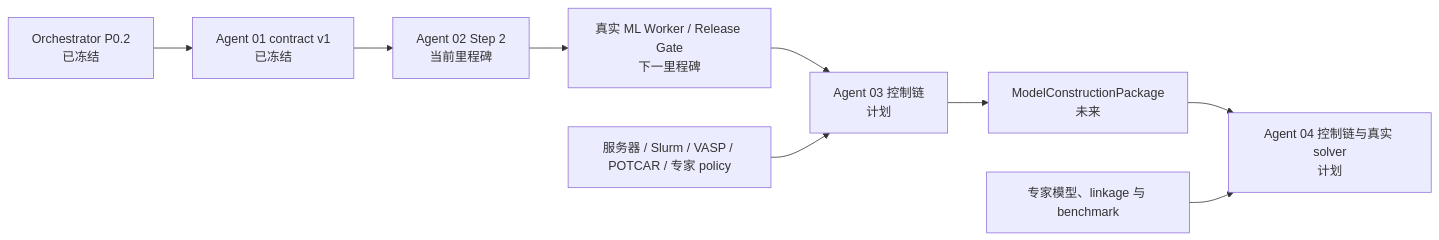
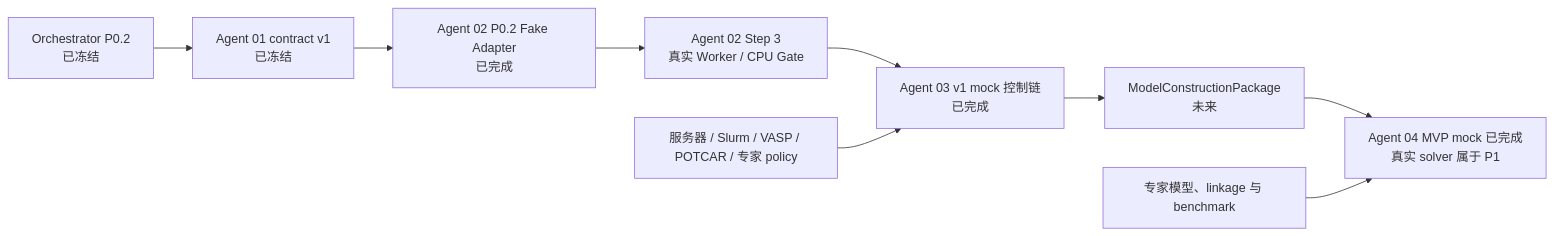
The diagram in plans/master.md (chimeraHHH/materials_screening_agent_hermes), drawn with Mermaid before and after one commit. The commit also changed other lines of this file and 7 other files, not shown here.

````diff
--- a/plans/master.md
+++ b/plans/master.md
@@ -297,11 +335,11 @@
 ```mermaid
 flowchart LR
     O["Orchestrator P0.2<br/>已冻结"] --> A1["Agent 01 contract v1<br/>已冻结"]
-    A1 --> A2["Agent 02 Step 2<br/>当前里程碑"]
-    A2 --> ML["真实 ML Worker / Release Gate<br/>下一里程碑"]
-    ML --> A3["Agent 03 控制链<br/>计划"]
+    A1 --> A2["Agent 02 P0.2 Fake Adapter<br/>已完成"]
+    A2 --> ML["Agent 02 Step 3<br/>真实 Worker / CPU Gate"]
+    ML --> A3["Agent 03 v1 mock 控制链<br/>已完成"]
     A3 --> MCP["ModelConstructionPackage<br/>未来"]
-    MCP --> A4["Agent 04 控制链与真实 solver<br/>计划"]
+    MCP --> A4["Agent 04 MVP mock 已完成<br/>真实 solver 属于 P1"]
     INF["服务器 / Slurm / VASP / POTCAR / 专家 policy"] --> A3
     EXP["专家模型、linkage 与 benchmark"] --> A4
 ```
````
